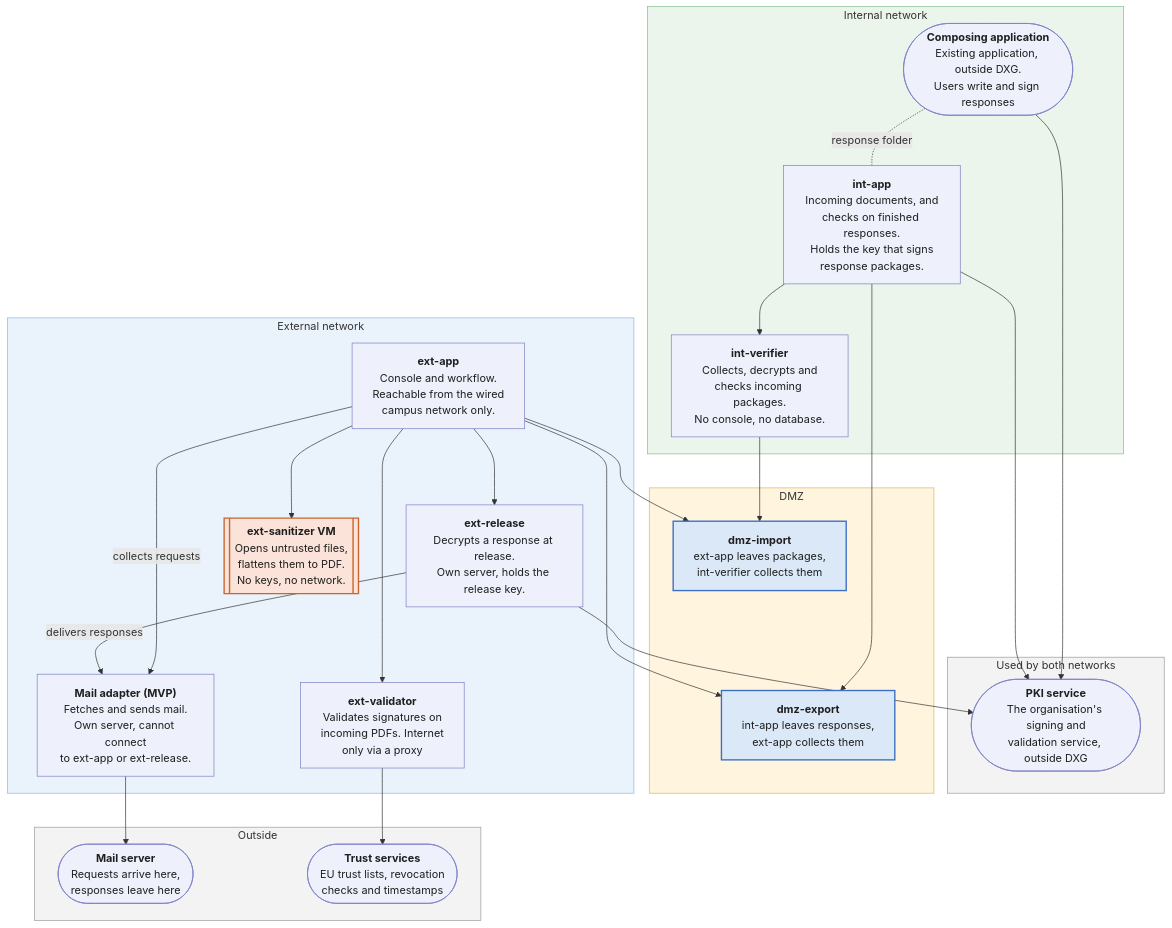
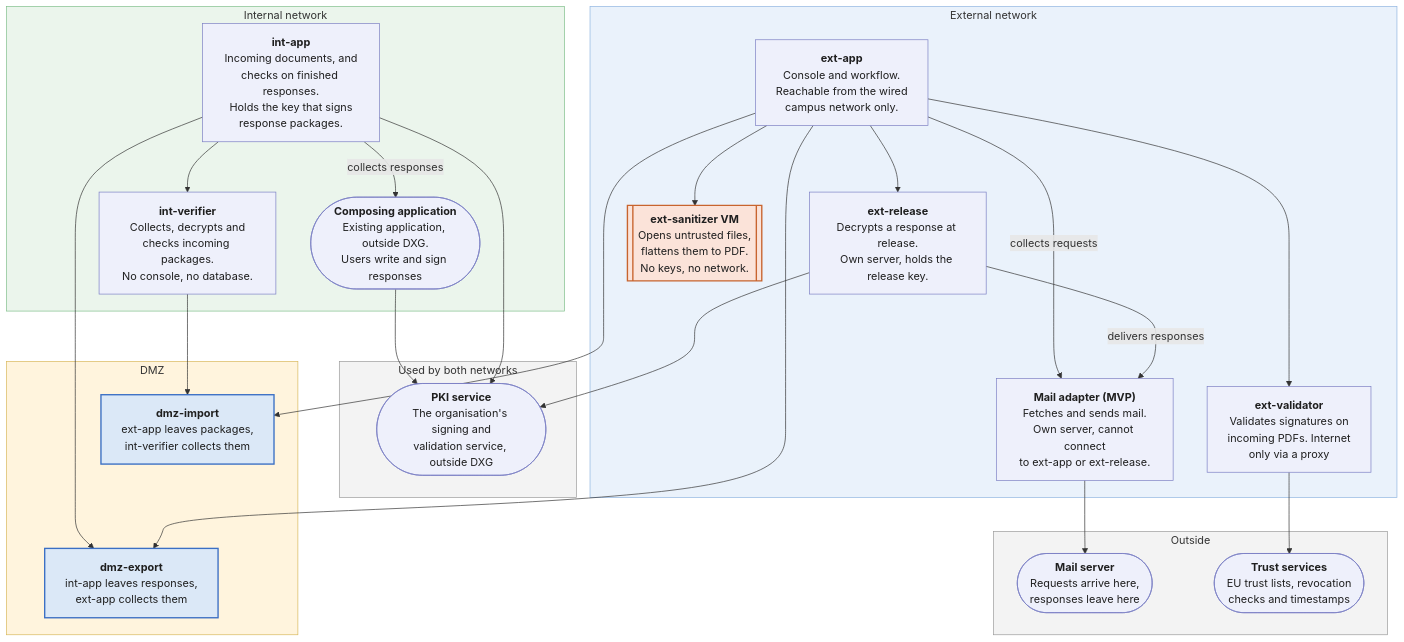
The diagram in document-exchange-proposal.md (tgivslife/dxg-document-gateway), drawn with Mermaid before and after one commit. The commit also changed other lines of this file and 4 other files, not shown here.

````diff
--- a/document-exchange-proposal.md
+++ b/document-exchange-proposal.md
@@ -28,65 +28,65 @@
 ```mermaid
 flowchart TB
     accDescr: DXG parts by network zone. Arrows point from the side that opens the connection, and both networks connect out to the DMZ.
 
     subgraph INT["Internal network"]
         COMPOSE(["<b>Composing application</b><br/>Existing application, outside DXG.<br/>Users write and sign responses"])
         IAPP["<b>int-app</b><br/>Incoming documents, and<br/>checks on finished responses.<br/>Holds the key that signs<br/>response packages."]
         IVER["<b>int-verifier</b><br/>Collects, decrypts and<br/>checks incoming packages.<br/>No console, no database."]
     end
 
     subgraph SHARED["Used by both networks"]
         PKI(["<b>PKI service</b><br/>The organisation's signing and<br/>validation service, outside DXG"])
     end
 
     subgraph DMZ["DMZ"]
         IMP["<b>dmz-import</b><br/>ext-app leaves packages,<br/>int-verifier collects them"]
         EXP["<b>dmz-export</b><br/>int-app leaves responses,<br/>ext-app collects them"]
     end
 
     subgraph EXT["External network"]
         CORE["<b>ext-app</b><br/>Console and workflow.<br/>Reachable from the wired<br/>campus network only."]
         REL["<b>ext-release</b><br/>Decrypts a response at release.<br/>Own server, holds the release key."]
         ADAPTER["<b>Mail adapter (MVP)</b><br/>Fetches and sends mail.<br/>Own server, cannot connect<br/>to ext-app or ext-release."]
         SAN[["<b>ext-sanitizer VM</b><br/>Opens untrusted files,<br/>flattens them to PDF.<br/>No keys, no network."]]
         VAL["<b>ext-validator</b><br/>Validates signatures on<br/>incoming PDFs. Internet<br/>only via a proxy"]
     end
 
     subgraph NET["Outside"]
         MAIL(["<b>Mail server</b><br/>Requests arrive here,<br/>responses leave here"])
         TRUST(["<b>Trust services</b><br/>EU trust lists, revocation<br/>checks and timestamps"])
     end
 
     %% Each arrow points from the side that opens the connection.
     IVER --> IMP
     IAPP --> IVER
     IAPP --> EXP
-    COMPOSE -. "response folder" .- IAPP
+    IAPP -->|"collects responses"| COMPOSE
     COMPOSE --> PKI
     IAPP --> PKI
     CORE --> IMP
     CORE --> EXP
     CORE --> SAN
     CORE --> VAL
     CORE -->|"collects requests"| ADAPTER
     REL -->|"delivers responses"| ADAPTER
     CORE --> REL
     REL --> PKI
     ADAPTER --> MAIL
     VAL --> TRUST
 
     %% Layout only: stack the DMZ hosts so no line runs between them.
     IMP ~~~ EXP
 
     classDef part fill:#eef0fb,stroke:#7b7fc4,color:#1f1f1f
     classDef vm fill:#fbe3d9,stroke:#c8642e,stroke-width:2px,color:#1f1f1f
     classDef dmz fill:#dbe8f7,stroke:#3b6fc4,stroke-width:2px,color:#1f1f1f
     class MAIL,TRUST,ADAPTER,CORE,REL,VAL,IAPP,IVER,PKI,COMPOSE part
     class SAN vm
     class IMP,EXP dmz
     style NET fill:#f3f3f3,stroke:#9a9a9a
     style SHARED fill:#f3f3f3,stroke:#9a9a9a
     style EXT fill:#eaf2fb,stroke:#8fb4e0
     style DMZ fill:#fff4dd,stroke:#d8b85a
     style INT fill:#ebf5ec,stroke:#7fbf8a
 ```
````
